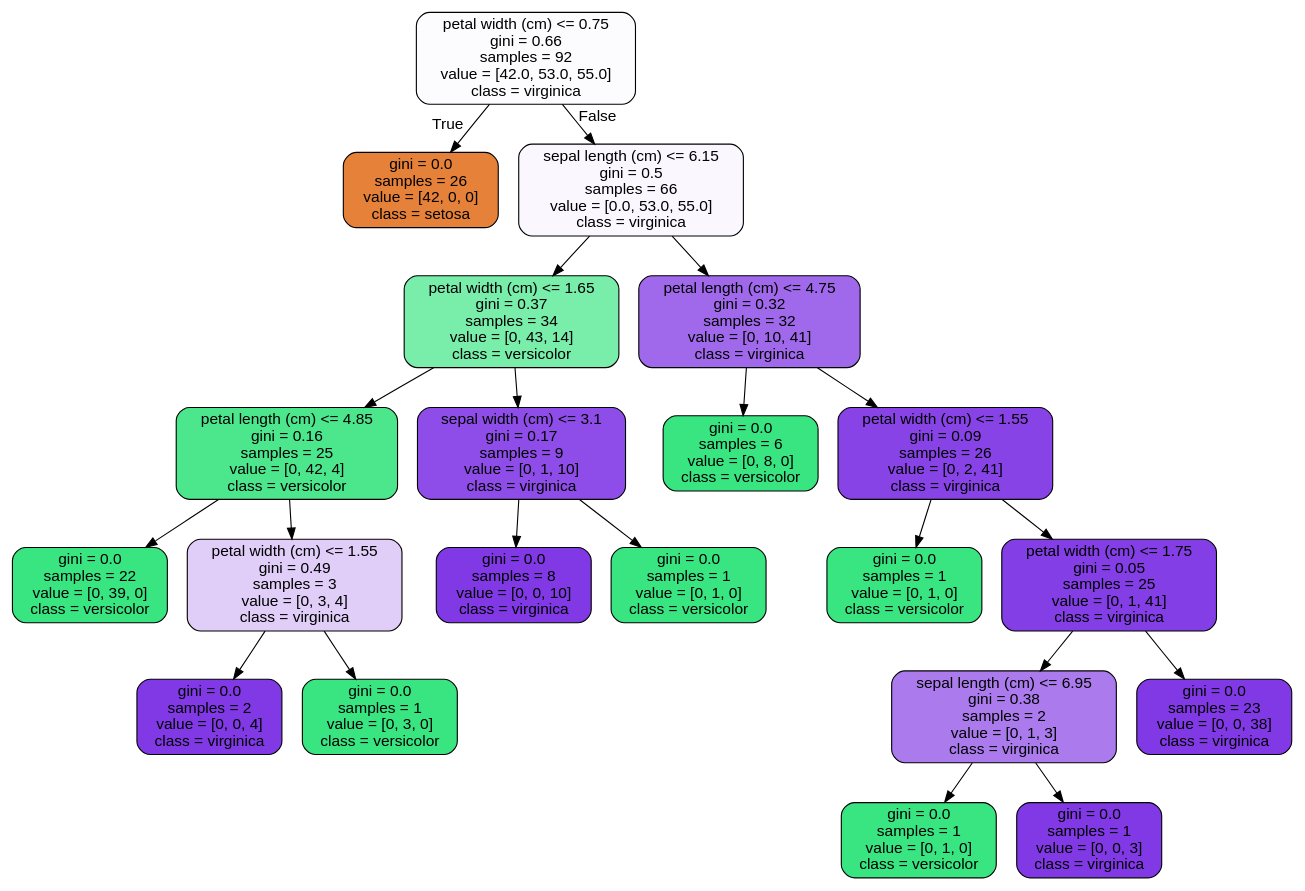
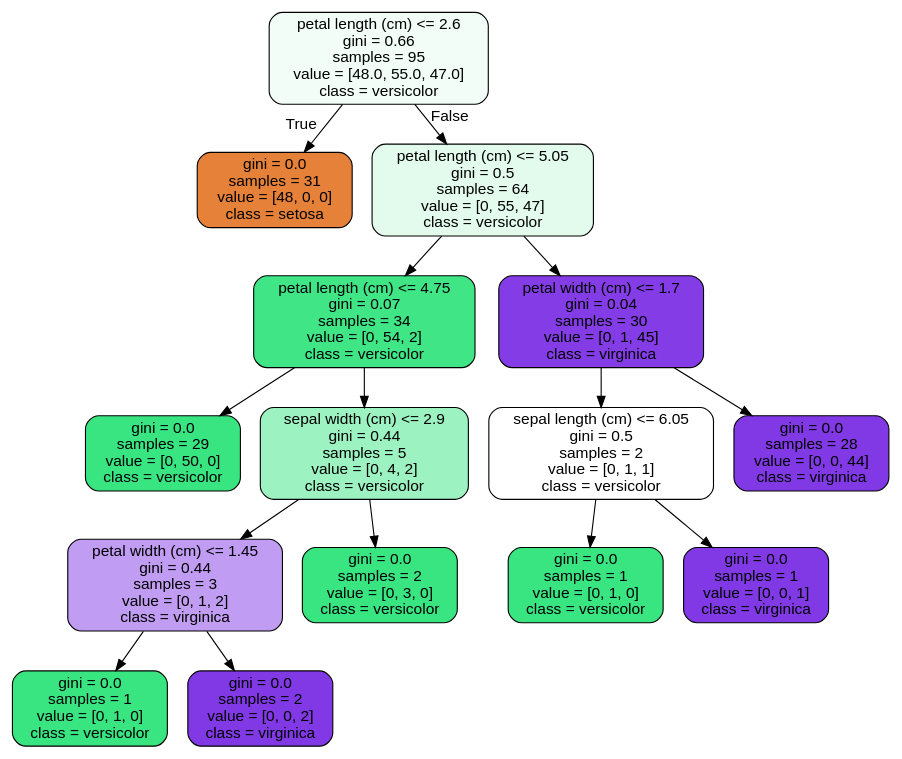
One commit to Xninety-nine/Springboard changed the diagram in tree.dot. Above: the diagram before and after it, drawn with Graphviz. The commit also changed 5 other files, not shown here.

```diff
--- a/tree.dot
+++ b/tree.dot
@@ -1,45 +1,33 @@
 digraph Tree {
 node [shape=box, style="filled, rounded", color="black", fontname="helvetica"] ;
 edge [fontname="helvetica"] ;
-0 [label="petal width (cm) <= 0.75\ngini = 0.66\nsamples = 92\nvalue = [42.0, 53.0, 55.0]\nclass = virginica", fillcolor="#fcfbfe"] ;
-1 [label="gini = 0.0\nsamples = 26\nvalue = [42, 0, 0]\nclass = setosa", fillcolor="#e58139"] ;
+0 [label="petal length (cm) <= 2.6\ngini = 0.66\nsamples = 95\nvalue = [48.0, 55.0, 47.0]\nclass = versicolor", fillcolor="#f1fdf6"] ;
+1 [label="gini = 0.0\nsamples = 31\nvalue = [48, 0, 0]\nclass = setosa", fillcolor="#e58139"] ;
 0 -> 1 [labeldistance=2.5, labelangle=45, headlabel="True"] ;
-2 [label="sepal length (cm) <= 6.15\ngini = 0.5\nsamples = 66\nvalue = [0.0, 53.0, 55.0]\nclass = virginica", fillcolor="#faf8fe"] ;
+2 [label="petal length (cm) <= 5.05\ngini = 0.5\nsamples = 64\nvalue = [0, 55, 47]\nclass = versicolor", fillcolor="#e2fbed"] ;
 0 -> 2 [labeldistance=2.5, labelangle=-45, headlabel="False"] ;
-3 [label="petal width (cm) <= 1.65\ngini = 0.37\nsamples = 34\nvalue = [0, 43, 14]\nclass = versicolor", fillcolor="#79edaa"] ;
+3 [label="petal length (cm) <= 4.75\ngini = 0.07\nsamples = 34\nvalue = [0, 54, 2]\nclass = versicolor", fillcolor="#40e686"] ;
 2 -> 3 ;
-4 [label="petal length (cm) <= 4.85\ngini = 0.16\nsamples = 25\nvalue = [0, 42, 4]\nclass = versicolor", fillcolor="#4ce78d"] ;
+4 [label="gini = 0.0\nsamples = 29\nvalue = [0, 50, 0]\nclass = versicolor", fillcolor="#39e581"] ;
 3 -> 4 ;
-5 [label="gini = 0.0\nsamples = 22\nvalue = [0, 39, 0]\nclass = versicolor", fillcolor="#39e581"] ;
-4 -> 5 ;
-6 [label="petal width (cm) <= 1.55\ngini = 0.49\nsamples = 3\nvalue = [0, 3, 4]\nclass = virginica", fillcolor="#e0cef8"] ;
-4 -> 6 ;
-7 [label="gini = 0.0\nsamples = 2\nvalue = [0, 0, 4]\nclass = virginica", fillcolor="#8139e5"] ;
+5 [label="sepal width (cm) <= 2.9\ngini = 0.44\nsamples = 5\nvalue = [0, 4, 2]\nclass = versicolor", fillcolor="#9cf2c0"] ;
+3 -> 5 ;
+6 [label="petal width (cm) <= 1.45\ngini = 0.44\nsamples = 3\nvalue = [0, 1, 2]\nclass = virginica", fillcolor="#c09cf2"] ;
+5 -> 6 ;
+7 [label="gini = 0.0\nsamples = 1\nvalue = [0, 1, 0]\nclass = versicolor", fillcolor="#39e581"] ;
 6 -> 7 ;
-8 [label="gini = 0.0\nsamples = 1\nvalue = [0, 3, 0]\nclass = versicolor", fillcolor="#39e581"] ;
+8 [label="gini = 0.0\nsamples = 2\nvalue = [0, 0, 2]\nclass = virginica", fillcolor="#8139e5"] ;
 6 -> 8 ;
-9 [label="sepal width (cm) <= 3.1\ngini = 0.17\nsamples = 9\nvalue = [0, 1, 10]\nclass = virginica", fillcolor="#8e4de8"] ;
-3 -> 9 ;
-10 [label="gini = 0.0\nsamples = 8\nvalue = [0, 0, 10]\nclass = virginica", fillcolor="#8139e5"] ;
-9 -> 10 ;
-11 [label="gini = 0.0\nsamples = 1\nvalue = [0, 1, 0]\nclass = versicolor", fillcolor="#39e581"] ;
-9 -> 11 ;
-12 [label="petal length (cm) <= 4.75\ngini = 0.32\nsamples = 32\nvalue = [0, 10, 41]\nclass = virginica", fillcolor="#a069eb"] ;
-2 -> 12 ;
-13 [label="gini = 0.0\nsamples = 6\nvalue = [0, 8, 0]\nclass = versicolor", fillcolor="#39e581"] ;
-12 -> 13 ;
-14 [label="petal width (cm) <= 1.55\ngini = 0.09\nsamples = 26\nvalue = [0, 2, 41]\nclass = virginica", fillcolor="#8743e6"] ;
-12 -> 14 ;
-15 [label="gini = 0.0\nsamples = 1\nvalue = [0, 1, 0]\nclass = versicolor", fillcolor="#39e581"] ;
-14 -> 15 ;
-16 [label="petal width (cm) <= 1.75\ngini = 0.05\nsamples = 25\nvalue = [0, 1, 41]\nclass = virginica", fillcolor="#843ee6"] ;
-14 -> 16 ;
-17 [label="sepal length (cm) <= 6.95\ngini = 0.38\nsamples = 2\nvalue = [0, 1, 3]\nclass = virginica", fillcolor="#ab7bee"] ;
-16 -> 17 ;
-18 [label="gini = 0.0\nsamples = 1\nvalue = [0, 1, 0]\nclass = versicolor", fillcolor="#39e581"] ;
-17 -> 18 ;
-19 [label="gini = 0.0\nsamples = 1\nvalue = [0, 0, 3]\nclass = virginica", fillcolor="#8139e5"] ;
-17 -> 19 ;
-20 [label="gini = 0.0\nsamples = 23\nvalue = [0, 0, 38]\nclass = virginica", fillcolor="#8139e5"] ;
-16 -> 20 ;
+9 [label="gini = 0.0\nsamples = 2\nvalue = [0, 3, 0]\nclass = versicolor", fillcolor="#39e581"] ;
+5 -> 9 ;
+10 [label="petal width (cm) <= 1.7\ngini = 0.04\nsamples = 30\nvalue = [0, 1, 45]\nclass = virginica", fillcolor="#843de6"] ;
+2 -> 10 ;
+11 [label="sepal length (cm) <= 6.05\ngini = 0.5\nsamples = 2\nvalue = [0, 1, 1]\nclass = versicolor", fillcolor="#ffffff"] ;
+10 -> 11 ;
+12 [label="gini = 0.0\nsamples = 1\nvalue = [0, 1, 0]\nclass = versicolor", fillcolor="#39e581"] ;
+11 -> 12 ;
+13 [label="gini = 0.0\nsamples = 1\nvalue = [0, 0, 1]\nclass = virginica", fillcolor="#8139e5"] ;
+11 -> 13 ;
+14 [label="gini = 0.0\nsamples = 28\nvalue = [0, 0, 44]\nclass = virginica", fillcolor="#8139e5"] ;
+10 -> 14 ;
 }
```
